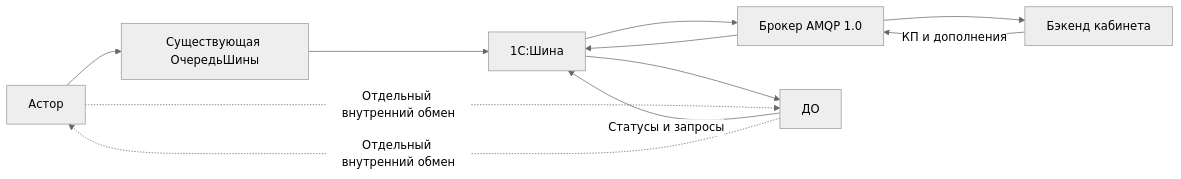
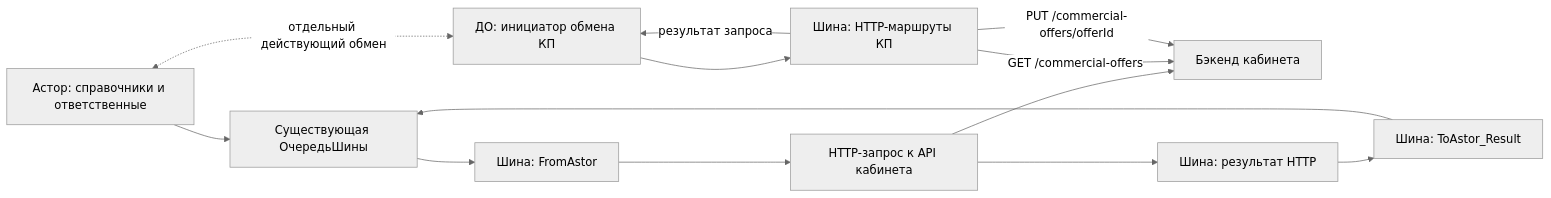
Before and after one commit to DEN97SE/react_project: the diagram in onec/docs/architecture.md, drawn with Mermaid (neutral theme). The commit also changed other lines of this file and 12 other files, not shown here.

````diff
--- a/onec/docs/architecture.md
+++ b/onec/docs/architecture.md
@@ -3,13 +5,15 @@
 ```mermaid
 flowchart LR
-    A[Астор] --> Q[Существующая ОчередьШины]
-    Q --> S[1С:Шина]
-    S --> M[Брокер AMQP 1.0]
-    M --> B[Бэкенд кабинета]
-    B -->|КП и дополнения| M
-    M --> S
-    S --> D[ДО]
-    D -->|Статусы и запросы| S
-    A -. Отдельный внутренний обмен .-> D
-    D -. Отдельный внутренний обмен .-> A
+    A[Астор: справочники и ответственные] --> Q[Существующая ОчередьШины]
+    Q --> F[Шина: FromAstor]
+    F --> H[HTTP-запрос к API кабинета]
+    H --> B[Бэкенд кабинета]
+    H --> R[Шина: результат HTTP]
+    R --> T[Шина: ToAstor_Result]
+    T --> Q
+    D[ДО: инициатор обмена КП] --> S[Шина: HTTP-маршруты КП]
+    S -->|GET /commercial-offers| B
+    S -->|PUT /commercial-offers/offerId| B
+    S -->|результат запроса| D
+    A <-. отдельный действующий обмен .-> D
 ```
````
